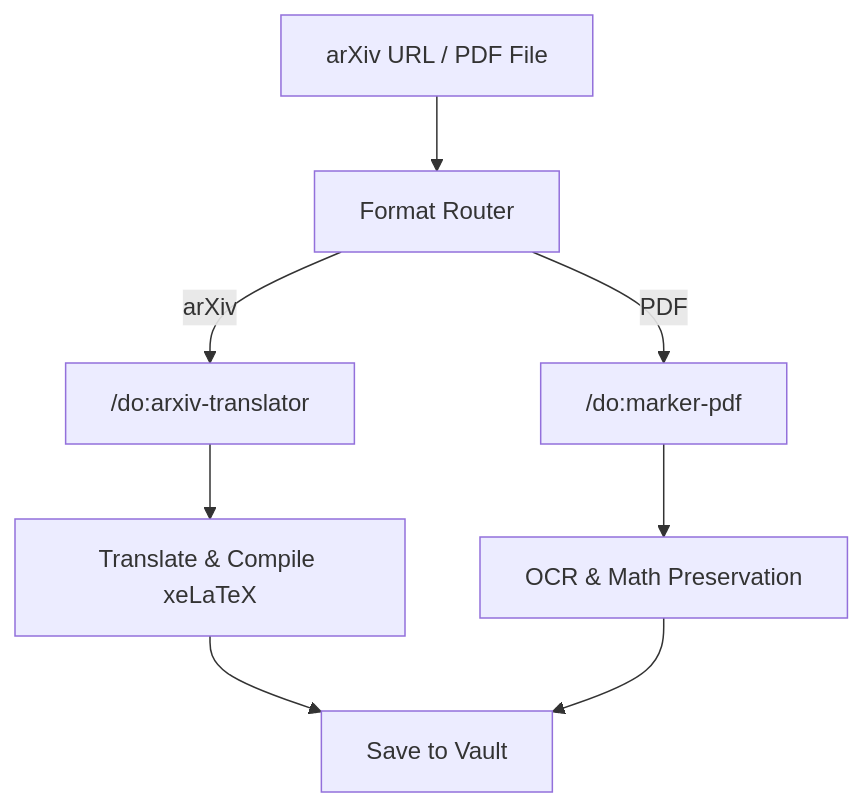
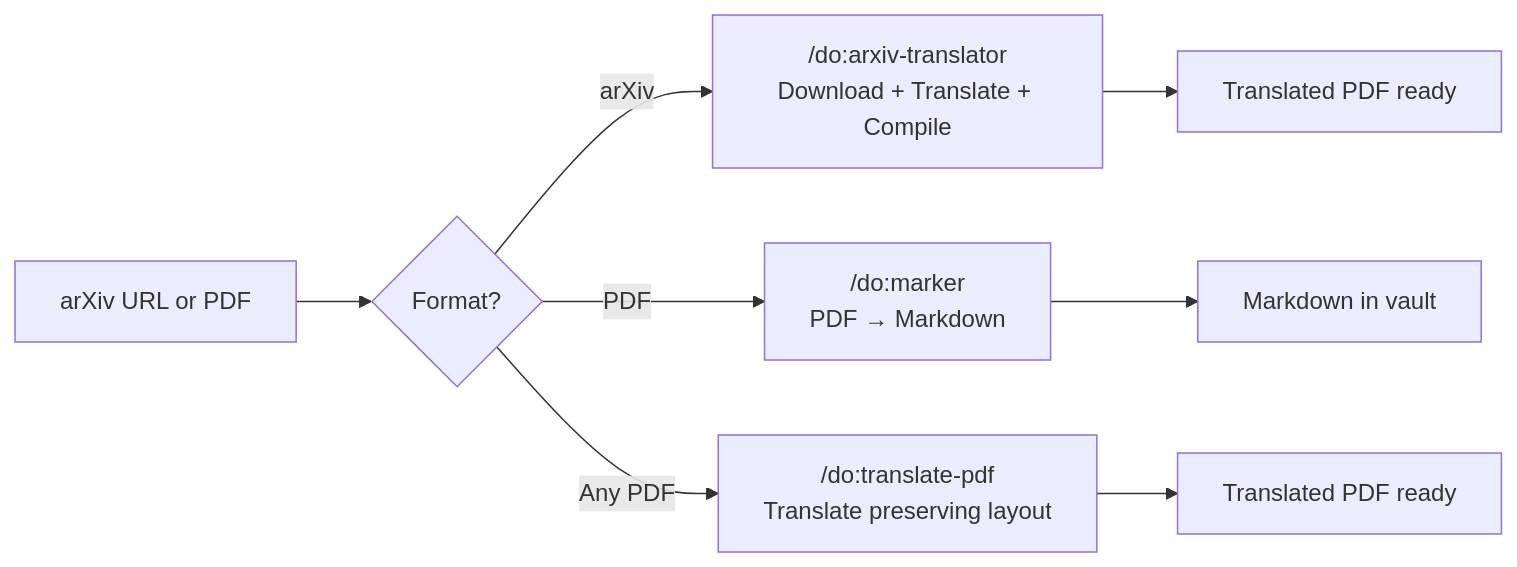
Before and after one commit to dull-bird/DeepOrbit: the sixth of 6 diagrams in README.md, drawn with Mermaid. The commit also changed other lines of this file, not shown here.

Commit message:
refactor: restructure README to simplify the introduction, add a quick start guide, and detail the vault structure.

````diff
--- a/README.md
+++ b/README.md
@@ -38,10 +190,10 @@
 ```mermaid
-graph TD
-    A[arXiv URL / PDF File] --> B[Format Router]
-    B -->|arXiv| C["/do:arxiv-translator"]
-    B -->|PDF| D["/do:marker-pdf"]
-    C --> E[Translate & Compile xeLaTeX]
-    D --> F[OCR & Math Preservation]
-    E --> G[Save to Vault]
-    F --> G
+flowchart LR
+    A["arXiv URL or PDF"] --> B{Format?}
+    B -->|arXiv| C["/do:arxiv-translator<br/>Download + Translate + Compile"]
+    B -->|PDF| D["/do:marker<br/>PDF → Markdown"]
+    B -->|Any PDF| E["/do:translate-pdf<br/>Translate preserving layout"]
+    C --> F["Translated PDF ready"]
+    D --> G["Markdown in vault"]
+    E --> H["Translated PDF ready"]
 ```
````
